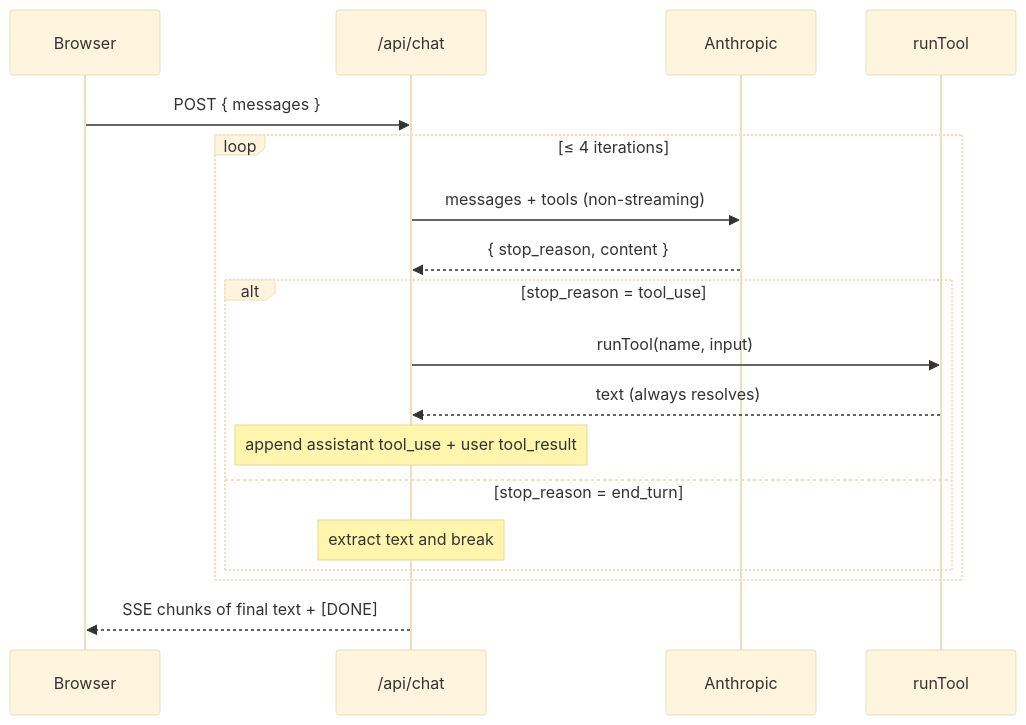
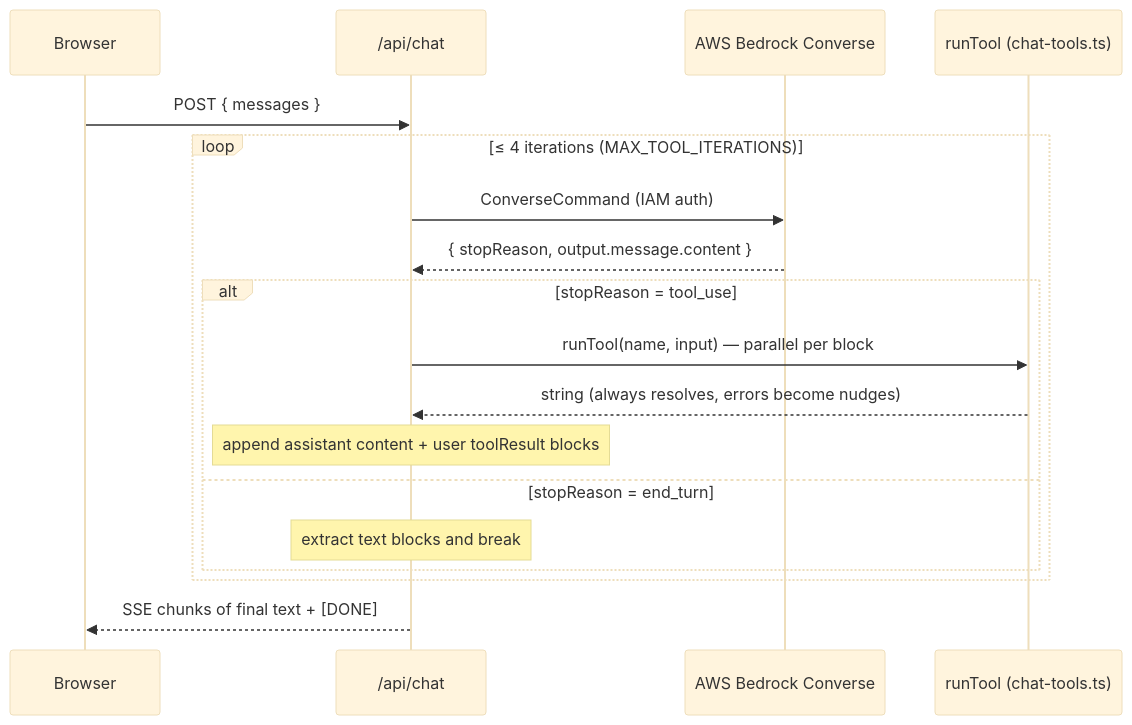
One commit to Themis128/cloudless.gr changed the second of 2 diagrams in docs/ANTHROPIC.md. Above: the diagram before and after it, drawn with Mermaid (base theme). The commit also changed other lines of this file and 2 other files, not shown here.

First line of the commit message:
fix(soak): address issue #163 action items (SSM perm, docs, roadmap)

````diff
--- a/docs/ANTHROPIC.md
+++ b/docs/ANTHROPIC.md
@@ -114,21 +120,21 @@
 ```mermaid
 sequenceDiagram
     participant Browser
     participant API as /api/chat
-    participant Anthropic
-    participant Tool as runTool
+    participant Bedrock as AWS Bedrock Converse
+    participant Tool as runTool (chat-tools.ts)
 
     Browser->>API: POST { messages }
-    loop ≤ 4 iterations
-        API->>Anthropic: messages + tools (non-streaming)
-        Anthropic-->>API: { stop_reason, content }
-        alt stop_reason = tool_use
-            API->>Tool: runTool(name, input)
-            Tool-->>API: text (always resolves)
-            note over API: append assistant tool_use + user tool_result
-        else stop_reason = end_turn
-            note over API: extract text and break
+    loop ≤ 4 iterations (MAX_TOOL_ITERATIONS)
+        API->>Bedrock: ConverseCommand (IAM auth)
+        Bedrock-->>API: { stopReason, output.message.content }
+        alt stopReason = tool_use
+            API->>Tool: runTool(name, input) — parallel per block
+            Tool-->>API: string (always resolves, errors become nudges)
+            note over API: append assistant content + user toolResult blocks
+        else stopReason = end_turn
+            note over API: extract text blocks and break
         end
     end
     API-->>Browser: SSE chunks of final text + [DONE]
 ```
````
